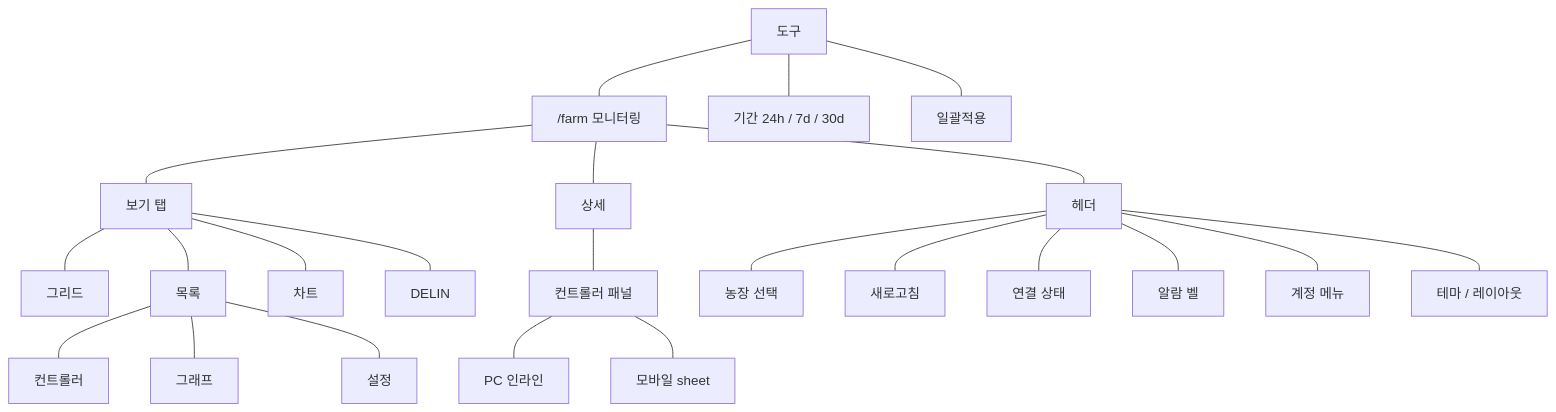
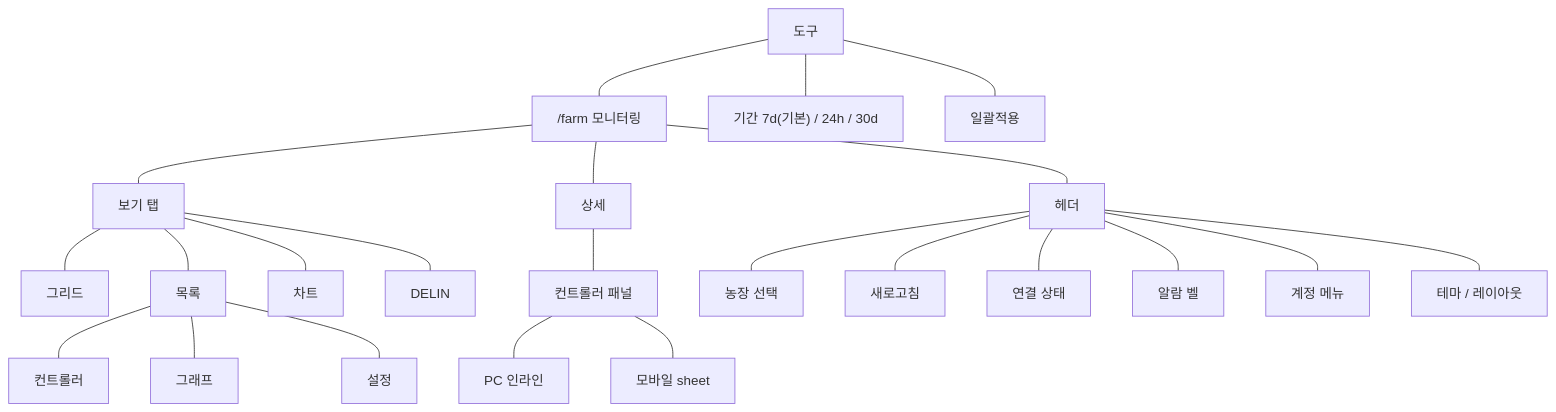
One commit to SIJackLee/dashboard changed the second of 3 diagrams in web/docs/user-manual/10-메뉴구조도.md. Above: the diagram before and after it, drawn with Mermaid. The commit also changed other lines of this file and 44 other files, not shown here.

````diff
--- a/web/docs/user-manual/10-메뉴구조도.md
+++ b/web/docs/user-manual/10-메뉴구조도.md
@@ -72,35 +72,35 @@
 ```mermaid
 flowchart TB
   %% 정사각: 상(상세) — 중(도구·farm·보기) — 하(헤더)
   detail["상세"]
 
   tools["도구"] --- farm["/farm 모니터링"] --- view["보기 탭"]
 
   header["헤더"]
 
   farm --- detail
   farm --- header
 
   %% 각 꼭짓점의 하위 (구조 동일)
-  tools --- period["기간 24h / 7d / 30d"]
+  tools --- period["기간 7d(기본) / 24h / 30d"]
   tools --- bulk["일괄적용"]
 
   view --- grid["그리드"]
   view --- list["목록"]
   view --- chart["차트"]
   view --- aria["DELIN"]
   list --- modeCtrl["컨트롤러"]
   list --- modeGraph["그래프"]
   list --- modeSet["설정"]
 
   detail --- panel["컨트롤러 패널"]
   panel --- pcInline["PC 인라인"]
   panel --- mobileSheet["모바일 sheet"]
 
   header --- farmSelect["농장 선택"]
   header --- refresh["새로고침"]
   header --- connect["연결 상태"]
   header --- alarms["알람 벨"]
   header --- account["계정 메뉴"]
   header --- theme["테마 / 레이아웃"]
 ```
````
